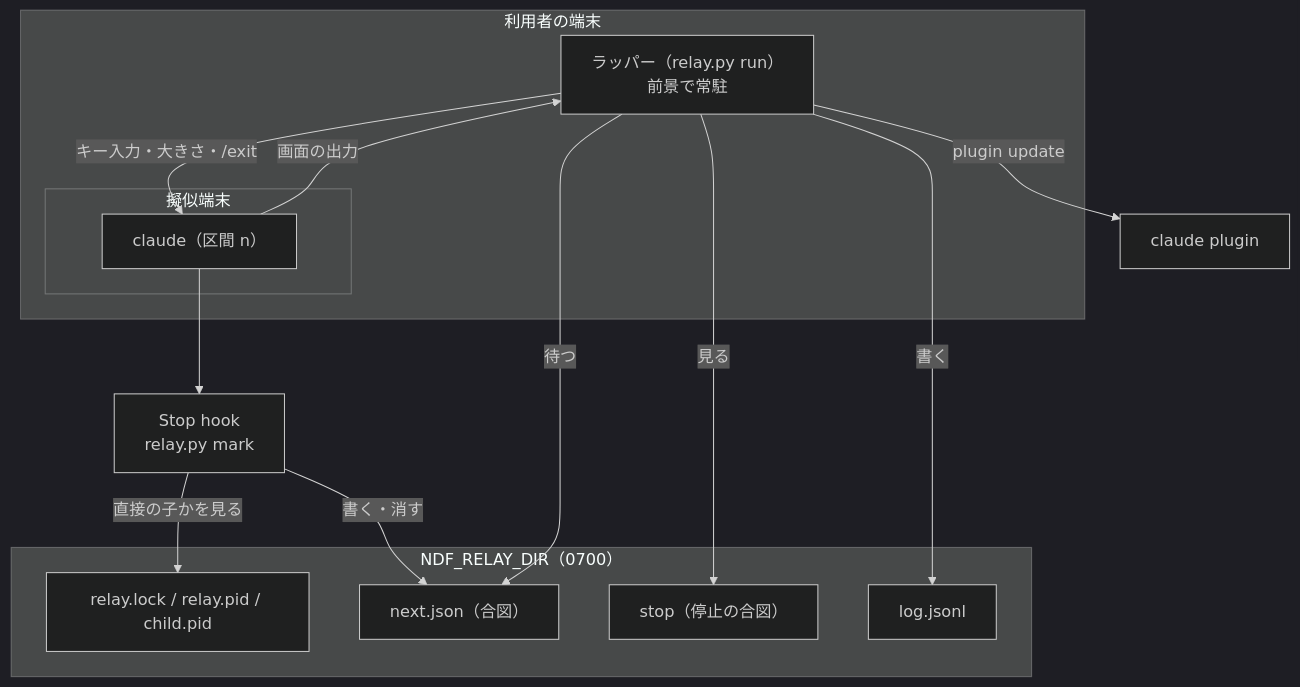
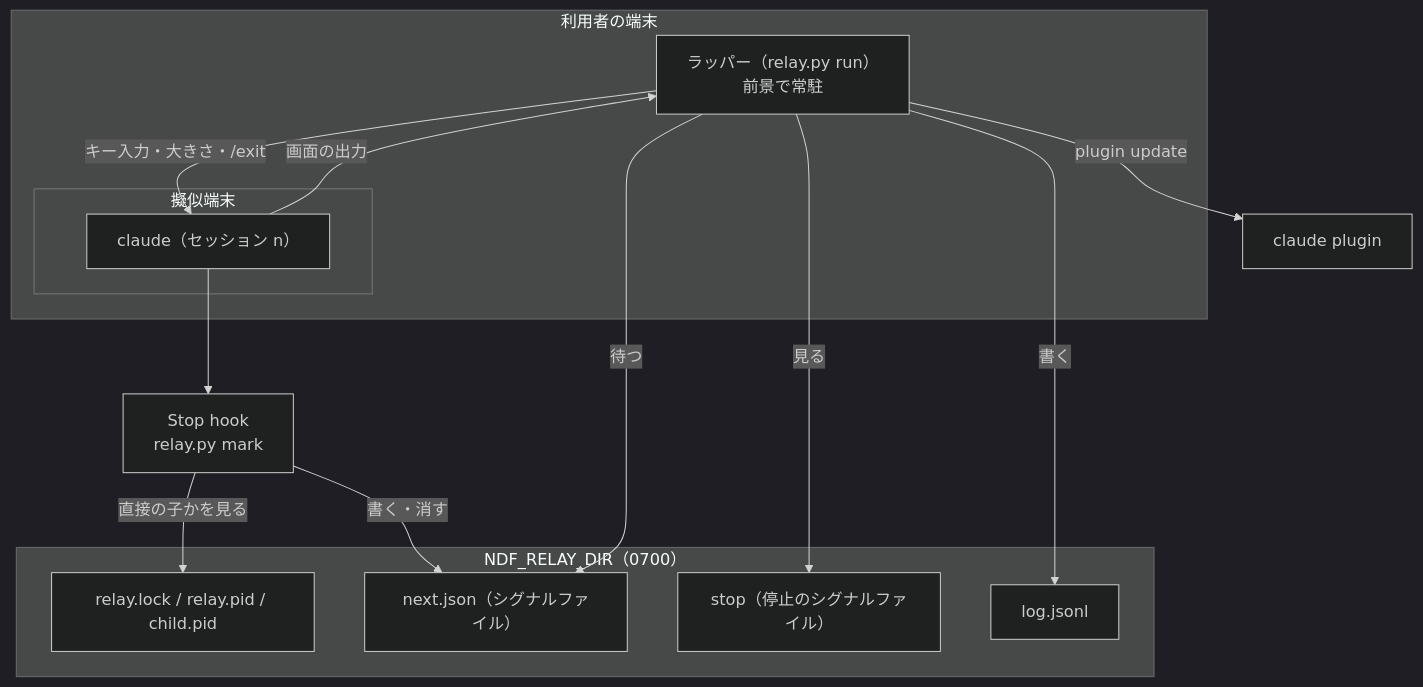
The first of 2 diagrams in docs/specifications/ndf-relay-segment-restart.md (devbasex/ai-plugins), drawn with Mermaid (dark theme) before and after one commit. The commit also changed other lines of this file, not shown here.

````diff
--- a/docs/specifications/ndf-relay-segment-restart.md
+++ b/docs/specifications/ndf-relay-segment-restart.md
@@ -74,25 +74,25 @@
 ```mermaid
 graph TB
     subgraph term["利用者の端末"]
         R["ラッパー（relay.py run）<br/>前景で常駐"]
         subgraph pty["擬似端末"]
-            C["claude（区間 n）"]
+            C["claude（セッション n）"]
         end
     end
     H["Stop hook<br/>relay.py mark"]
     subgraph state["NDF_RELAY_DIR（0700）"]
         P[relay.lock / relay.pid / child.pid]
-        M["next.json（合図）"]
-        S["stop（停止の合図）"]
+        M["next.json（シグナルファイル）"]
+        S["stop（停止のシグナルファイル）"]
         L[log.jsonl]
     end
     R -->|キー入力・大きさ・/exit| C
     C -->|画面の出力| R
     C --> H
     H -->|書く・消す| M
     H -->|直接の子かを見る| P
     R -->|待つ| M
     R -->|見る| S
     R -->|書く| L
     R -->|plugin update| CP[claude plugin]
 ```
````
